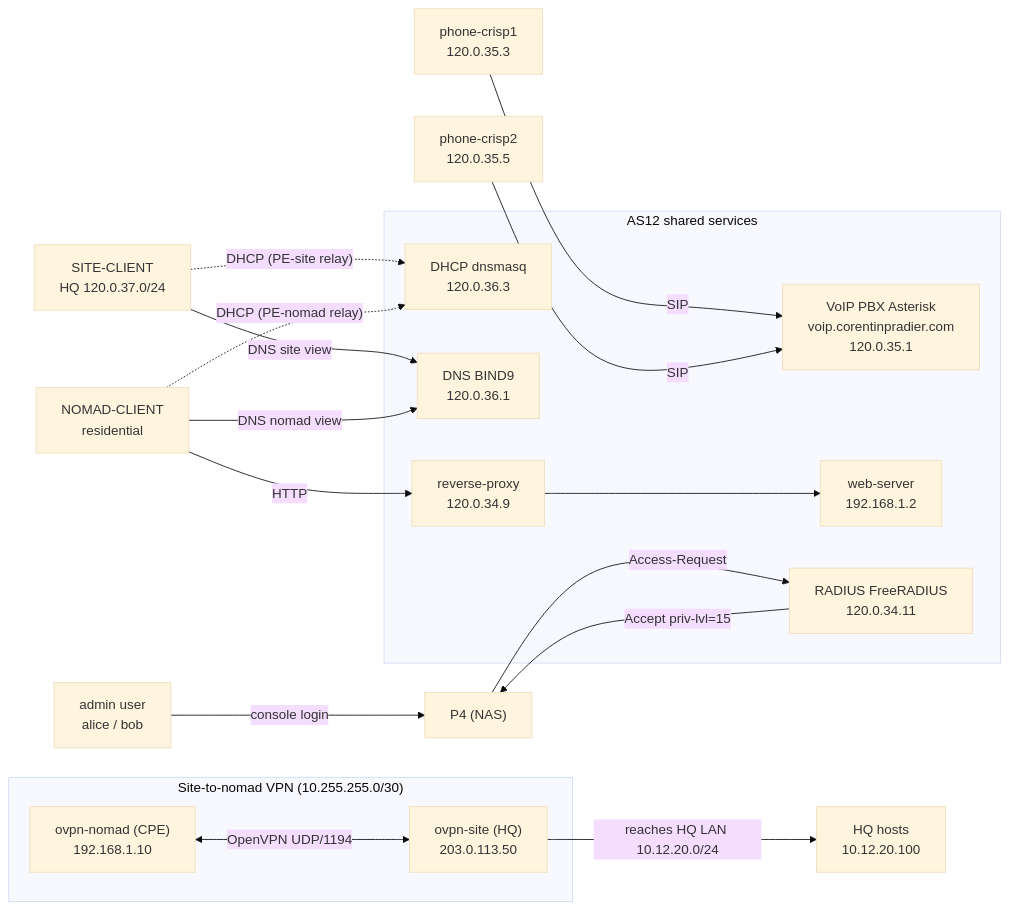
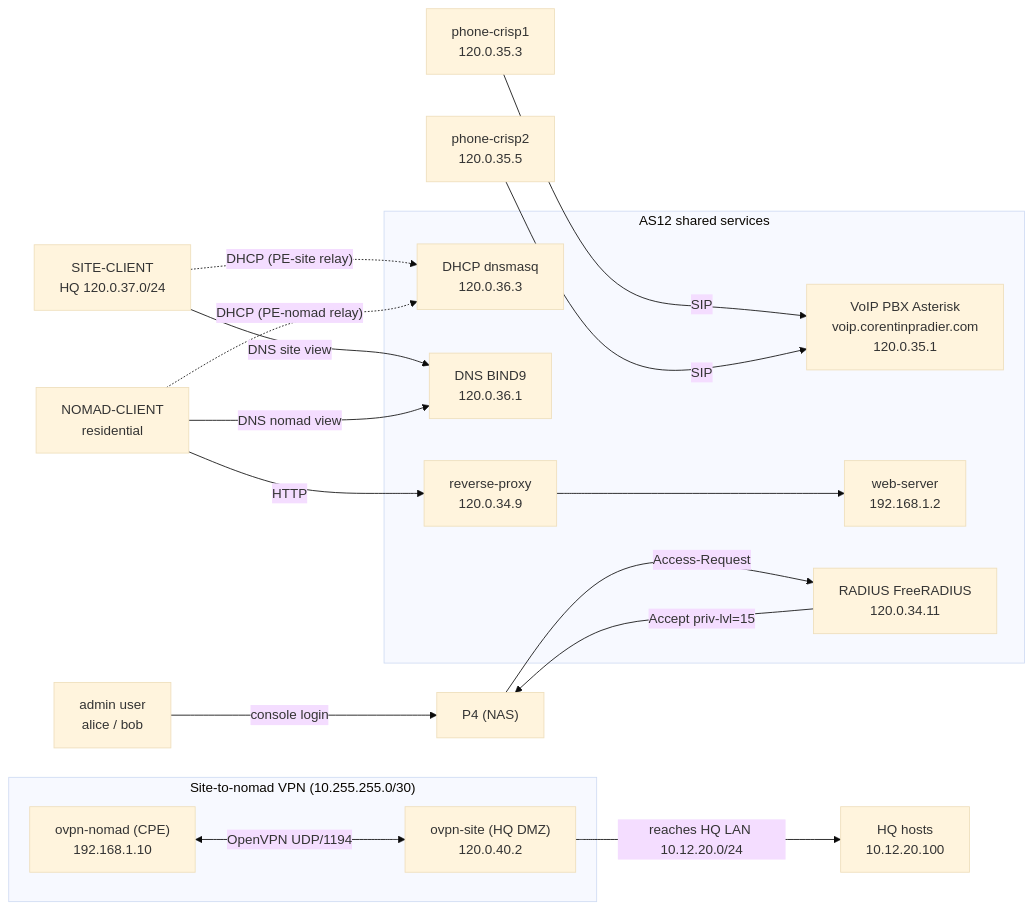
One commit to yfgrepcat/CrISP changed the second of 2 diagrams in README.md. Above: the diagram before and after it, drawn with Mermaid. The commit also changed other lines of this file and 5 other files, not shown here.

````diff
--- a/README.md
+++ b/README.md
@@ -194,40 +193,40 @@
 ```mermaid
 %%{init: {'theme': 'base', 'themeVariables': {'fontSize': '16px'}}}%%
 flowchart LR
   %% --- consumers ---
   SITEC["SITE-CLIENT<br/>HQ 120.0.37.0/24"]
   NOMADC["NOMAD-CLIENT<br/>residential"]
   PHs["phone-crisp1<br/>120.0.35.3"]
   PHn["phone-crisp2<br/>120.0.35.5"]
   ADMIN["admin user<br/>alice / bob"]
 
   %% --- services ---
   subgraph SVC["AS12 shared services"]
     DHCP["DHCP dnsmasq<br/>120.0.36.3"]
     DNS["DNS BIND9<br/>120.0.36.1"]
     PBX["VoIP PBX Asterisk<br/>voip.corentinpradier.com<br/>120.0.35.1"]
     RP["reverse-proxy<br/>120.0.34.9"]
     WEB["web-server<br/>192.168.1.2"]
     RADIUS["RADIUS FreeRADIUS<br/>120.0.34.11"]
   end
 
   SITEC -. "DHCP (PE-site relay)" .-> DHCP
   NOMADC -. "DHCP (PE-nomad relay)" .-> DHCP
   SITEC -- "DNS site view" --> DNS
   NOMADC -- "DNS nomad view" --> DNS
   NOMADC -- "HTTP" --> RP
   RP --> WEB
   PHs -- "SIP" --> PBX
   PHn -- "SIP" --> PBX
   ADMIN -- "console login" --> P4["P4 (NAS)"]
   P4 -- "Access-Request" --> RADIUS
   RADIUS -- "Accept priv-lvl=15" --> P4
 
   %% --- site-to-nomad VPN overlay ---
   subgraph VPN["Site-to-nomad VPN (10.255.255.0/30)"]
     OVPNn["ovpn-nomad (CPE)<br/>192.168.1.10"]
-    OVPNs["ovpn-site (HQ)<br/>203.0.113.50"]
+    OVPNs["ovpn-site (HQ DMZ)<br/>120.0.40.2"]
   end
   OVPNn <-- "OpenVPN UDP/1194" --> OVPNs
   OVPNs -- "reaches HQ LAN 10.12.20.0/24" --> HQLAN["HQ hosts<br/>10.12.20.100"]
 ```
````
